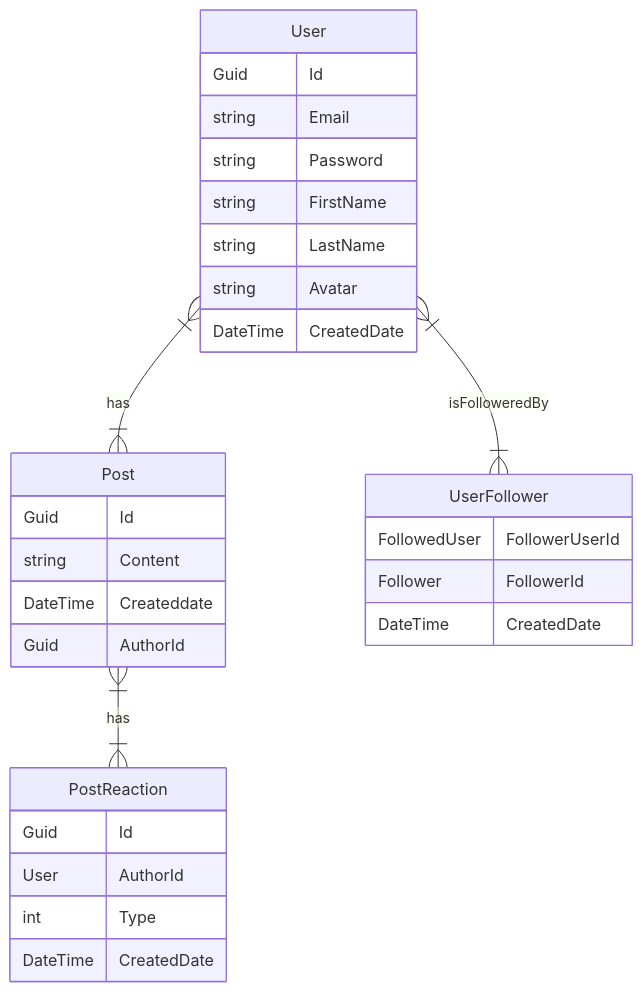
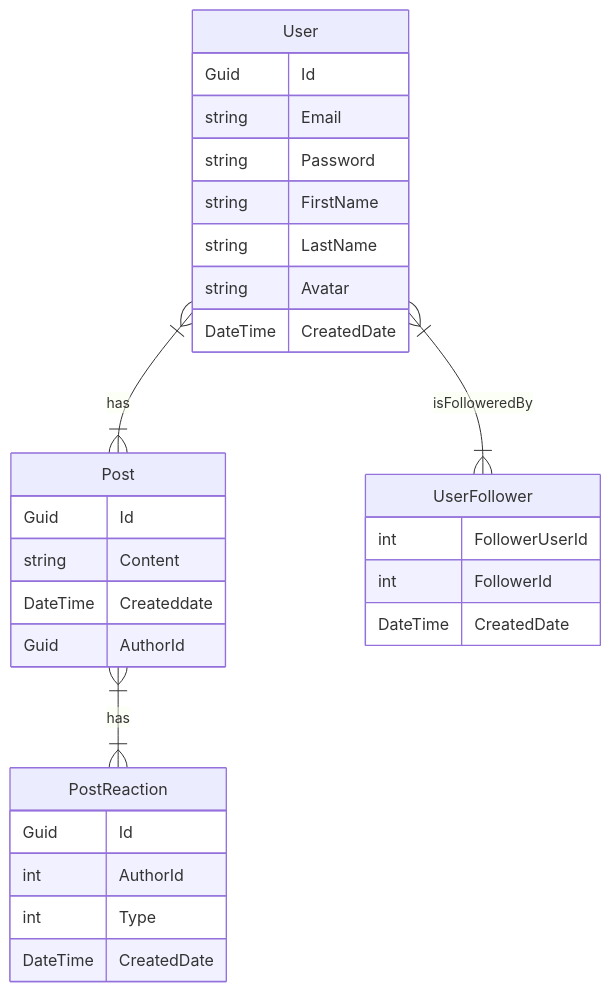
One commit to sobuse/InstagramClone changed the diagram in src/InstagramClone.Api/Entities/InstagramClone.md. Above: the diagram before and after it, drawn with Mermaid.

Commit message:
changed type

````diff
--- a/src/InstagramClone.Api/Entities/InstagramClone.md
+++ b/src/InstagramClone.Api/Entities/InstagramClone.md
@@ -3,37 +3,37 @@
 ```mermaid
 erDiagram
 
     User }|--|{Post:has
     Post }|--|{PostReaction: has 
     User}|--|{UserFollower: isFolloweredBy 
     User{
        Guid Id
        string Email
        string Password
        string FirstName
        string LastName
        string Avatar
        DateTime CreatedDate
     }
 
     UserFollower{
-        FollowedUser FollowerUserId
-        Follower FollowerId
+        int FollowerUserId
+        int FollowerId
         DateTime CreatedDate
     }
 
     Post{
         Guid Id
         string Content
         DateTime Createddate
         Guid AuthorId
     }
 
     PostReaction{
         Guid Id
-        User AuthorId
+        int AuthorId
         int Type
         DateTime CreatedDate
     }
 
 ```
````
